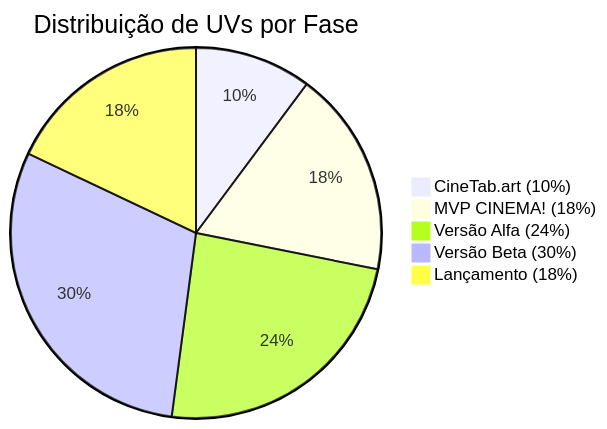
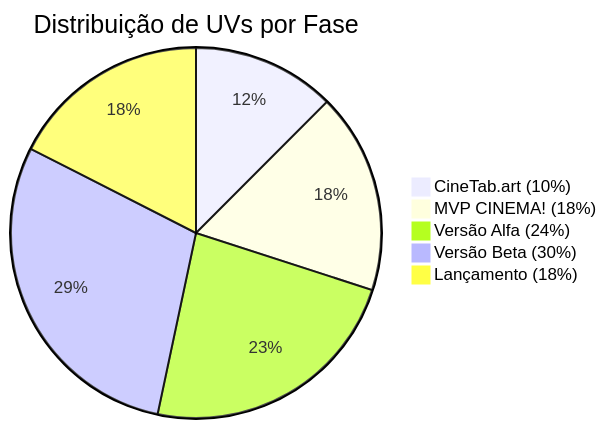
Before and after one commit to DevTroli/SecondBrain: the diagram in Field-Work 🚜/Current-Projects/CINEMA!/0.Central/Dashboard.md, drawn with Mermaid. The commit also changed other lines of this file and 20 other files, not shown here.

````diff
--- a/Field-Work 🚜/Current-Projects/CINEMA!/0.Central/Dashboard.md
+++ b/Field-Work 🚜/Current-Projects/CINEMA!/0.Central/Dashboard.md
@@ -18,9 +18,9 @@
 ```mermaid
 pie
     title Distribuição de UVs por Fase
-    "CineTab.art (10%)" : 850
+    "CineTab.art (10%)" : 1070
     "MVP CINEMA! (18%)" : 1500
     "Versão Alfa (24%)" : 2000
     "Versão Beta (30%)" : 2500
     "Lançamento (18%)" : 1500
 ```
````
